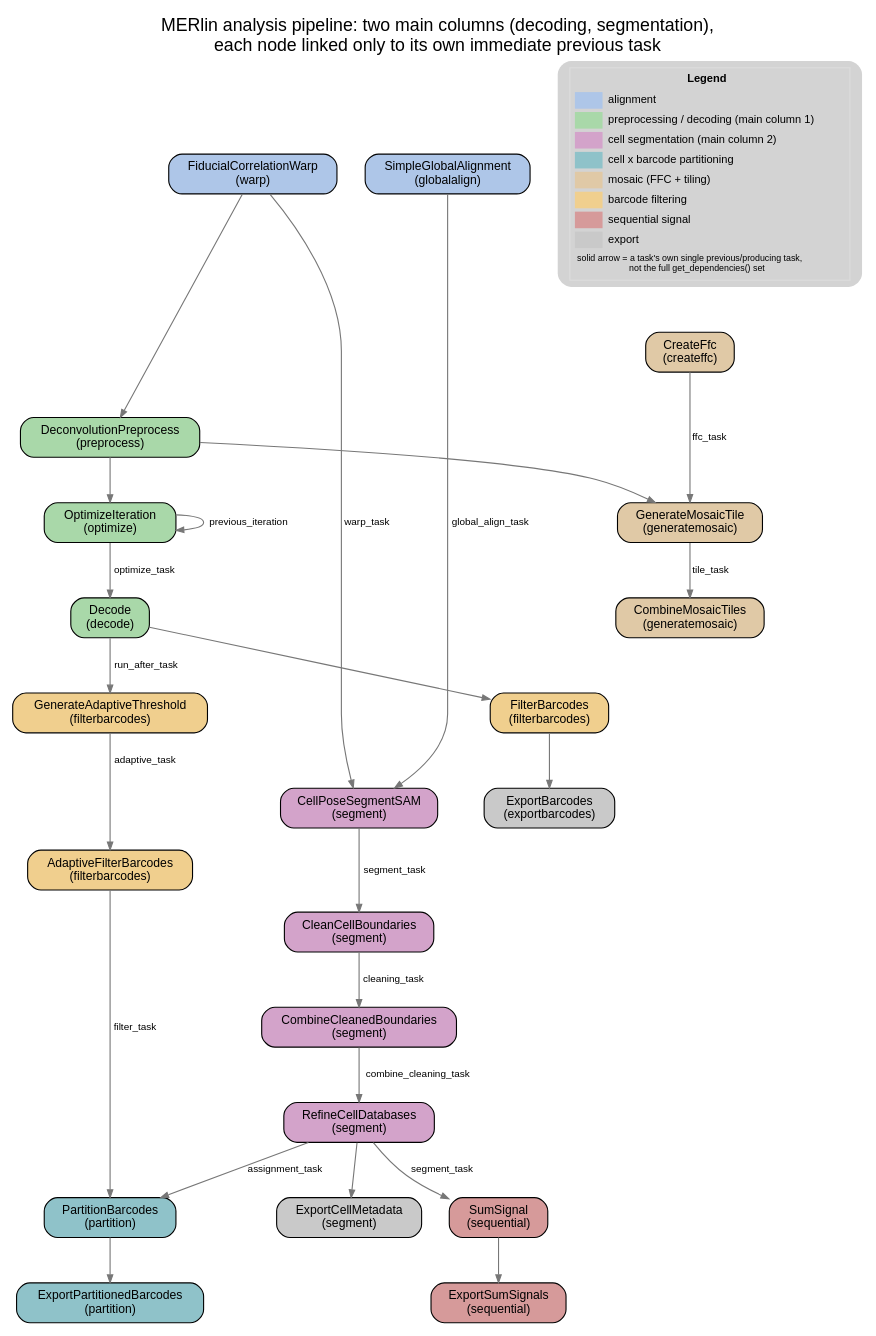
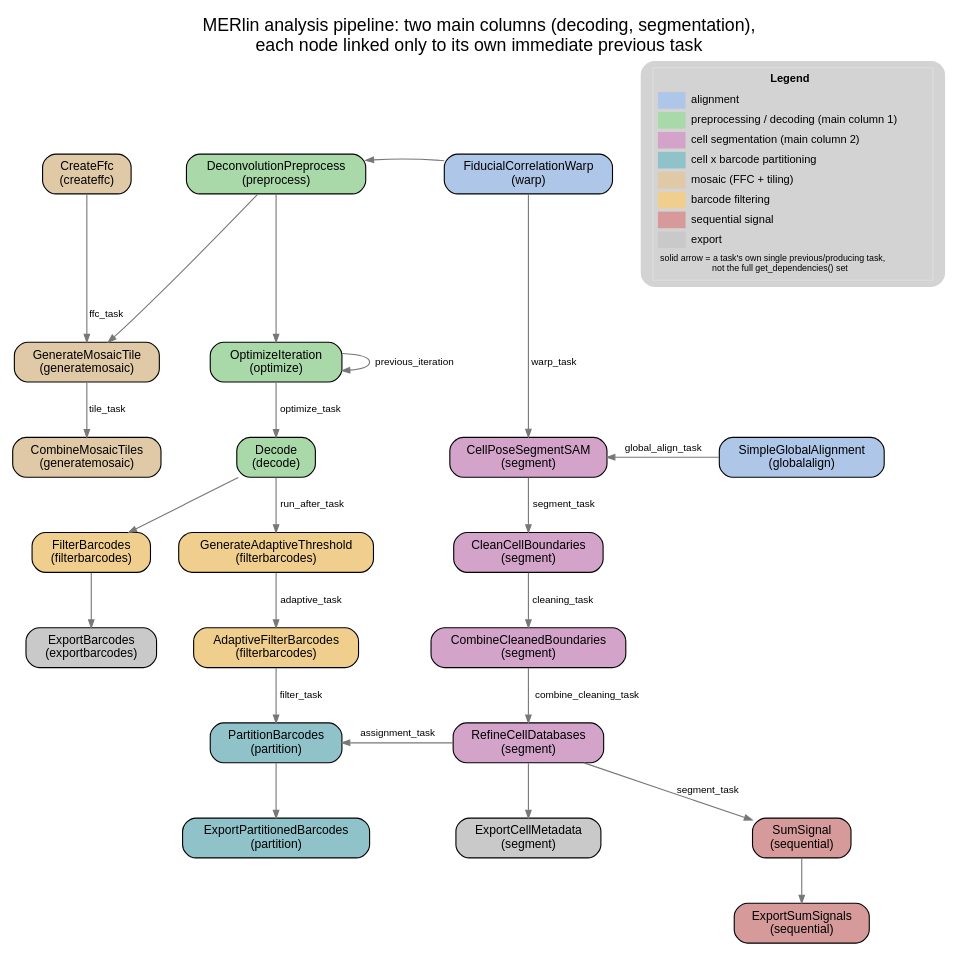
The diagram in docs/_static/merlin_pipeline_flow.dot (leonardosepulveda/MERlin), drawn with Graphviz before and after one commit. The commit also changed 2 other files, not shown here.

Commit message:
Rework pipeline diagram into four columns
Reorganize merlin_pipeline_flow.dot/.svg's layout:

- New leftmost column holds the mosaic-assembly branch (CreateFfc ->
  GenerateMosaicTile -> CombineMosaicTiles) and the fixed-threshold
  barcode-filtering branch (FilterBarcodes -> ExportBarcodes).
- FiducialCorrelationWarp moves to the top of the segmentation column,
  to the right of DeconvolutionPreprocess (its warp_task edge into
  DeconvolutionPreprocess now runs right-to-left).
- SimpleGlobalAlignment moves to a new fourth column, directly to the
  right of CellPoseSegmentSAM (its global_align_task edge also runs
  right-to-left).
- SumSignal/ExportSumSignals move into that same fourth column, under
  SimpleGlobalAlignment.
- PartitionBarcodes and RefineCellDatabases are pinned to the same rank,
  since that's where the decoding and segmentation columns converge.
- Update docs/pipeline.rst's prose to describe the four-column layout.

```diff
--- a/docs/_static/merlin_pipeline_flow.dot
+++ b/docs/_static/merlin_pipeline_flow.dot
@@ -1,102 +1,110 @@
 digraph merlin_pipeline_flow {
   rankdir=TB;
   fontname="Helvetica";
   labelloc="t";
   fontsize=16;
   label="MERlin analysis pipeline: two main columns (decoding, segmentation),\neach node linked only to its own immediate previous task";
   nodesep=0.35;
   ranksep=0.55;
   node [fontname="Helvetica", shape=box, style="filled,rounded", fontsize=11, margin="0.15,0.08"];
   edge [fontname="Helvetica", fontsize=9, color="#777777", arrowsize=0.7];
 
-  // -- shared root tasks (feed the tops of both main columns) --
-  FiducialCorrelationWarp [label="FiducialCorrelationWarp\n(warp)", fillcolor="#aec6e8", group="root"];
-  SimpleGlobalAlignment   [label="SimpleGlobalAlignment\n(globalalign)", fillcolor="#aec6e8", group="root2"];
-  {rank=same; FiducialCorrelationWarp; SimpleGlobalAlignment;}
+  // -- column 1 (leftmost): mosaic assembly + fixed-threshold barcode filtering --
+  CreateFfc [label="CreateFfc\n(createffc)", fillcolor="#e0c9a6", group="left_col"];
+  GenerateMosaicTile [label="GenerateMosaicTile\n(generatemosaic)", fillcolor="#e0c9a6", group="left_col"];
+  CombineMosaicTiles [label="CombineMosaicTiles\n(generatemosaic)", fillcolor="#e0c9a6", group="left_col"];
+  FilterBarcodes [label="FilterBarcodes\n(filterbarcodes)", fillcolor="#f0cf8e", group="left_col"];
+  ExportBarcodes [label="ExportBarcodes\n(exportbarcodes)", fillcolor="#c9c9c9", group="left_col"];
 
-  // -- main column 1: decoding (center-aligned) --
+  // -- column 2: decoding (main column 1) --
   DeconvolutionPreprocess [label="DeconvolutionPreprocess\n(preprocess)", fillcolor="#a9d8a9", group="decode"];
   OptimizeIteration [label="OptimizeIteration\n(optimize)", fillcolor="#a9d8a9", group="decode"];
   Decode [label="Decode\n(decode)", fillcolor="#a9d8a9", group="decode"];
   GenerateAdaptiveThreshold [label="GenerateAdaptiveThreshold\n(filterbarcodes)", fillcolor="#f0cf8e", group="decode"];
   AdaptiveFilterBarcodes [label="AdaptiveFilterBarcodes\n(filterbarcodes)", fillcolor="#f0cf8e", group="decode"];
   PartitionBarcodes [label="PartitionBarcodes\n(partition)", fillcolor="#8fc2c9", group="decode"];
   ExportPartitionedBarcodes [label="ExportPartitionedBarcodes\n(partition)", fillcolor="#8fc2c9", group="decode"];
 
-  // -- main column 2: segmentation --
+  // -- column 3: segmentation (main column 2), FiducialCorrelationWarp sits at its top --
+  FiducialCorrelationWarp [label="FiducialCorrelationWarp\n(warp)", fillcolor="#aec6e8", group="segment"];
   CellPoseSegmentSAM [label="CellPoseSegmentSAM\n(segment)", fillcolor="#d3a3ca", group="segment"];
   CleanCellBoundaries [label="CleanCellBoundaries\n(segment)", fillcolor="#d3a3ca", group="segment"];
   CombineCleanedBoundaries [label="CombineCleanedBoundaries\n(segment)", fillcolor="#d3a3ca", group="segment"];
   RefineCellDatabases [label="RefineCellDatabases\n(segment)", fillcolor="#d3a3ca", group="segment"];
+  ExportCellMetadata [label="ExportCellMetadata\n(segment)", fillcolor="#c9c9c9", group="segment"];
 
-  // -- side branches around the two main columns --
-  FilterBarcodes [label="FilterBarcodes\n(filterbarcodes)", fillcolor="#f0cf8e", group="filter_fixed"];
-  ExportBarcodes [label="ExportBarcodes\n(exportbarcodes)", fillcolor="#c9c9c9", group="filter_fixed"];
-  ExportCellMetadata [label="ExportCellMetadata\n(segment)", fillcolor="#c9c9c9", group="segment_export"];
-  SumSignal [label="SumSignal\n(sequential)", fillcolor="#d69a9a", group="sequential"];
-  ExportSumSignals [label="ExportSumSignals\n(sequential)", fillcolor="#d69a9a", group="sequential"];
-  CreateFfc [label="CreateFfc\n(createffc)", fillcolor="#e0c9a6", group="mosaic"];
-  GenerateMosaicTile [label="GenerateMosaicTile\n(generatemosaic)", fillcolor="#e0c9a6", group="mosaic"];
-  CombineMosaicTiles [label="CombineMosaicTiles\n(generatemosaic)", fillcolor="#e0c9a6", group="mosaic"];
+  // -- column 4 (rightmost): SimpleGlobalAlignment + sequential signal --
+  SimpleGlobalAlignment [label="SimpleGlobalAlignment\n(globalalign)", fillcolor="#aec6e8", group="right_col"];
+  SumSignal [label="SumSignal\n(sequential)", fillcolor="#d69a9a", group="right_col"];
+  ExportSumSignals [label="ExportSumSignals\n(sequential)", fillcolor="#d69a9a", group="right_col"];
 
-  // -- column order, left to right: mosaic | decoding (main) | filtering (side) | segmentation (main) | sequential --
-  FiducialCorrelationWarp -> CreateFfc [style=invis];
+  // -- row alignment, left to right: column1 | column2 | column3 | column4 --
+  {rank=same; CreateFfc; DeconvolutionPreprocess; FiducialCorrelationWarp;}
+  {rank=same; CellPoseSegmentSAM; SimpleGlobalAlignment;}
+  {rank=same; PartitionBarcodes; RefineCellDatabases;}
+
+  // -- invisible ordering edges reinforcing left-to-right column order --
   CreateFfc -> DeconvolutionPreprocess [style=invis];
-  DeconvolutionPreprocess -> FilterBarcodes [style=invis];
-  FilterBarcodes -> CellPoseSegmentSAM [style=invis];
-  CellPoseSegmentSAM -> SumSignal [style=invis];
+  DeconvolutionPreprocess -> FiducialCorrelationWarp [style=invis];
+  CellPoseSegmentSAM -> SimpleGlobalAlignment [style=invis];
+  PartitionBarcodes -> RefineCellDatabases [style=invis];
+  // anchor column 4's x-position off FiducialCorrelationWarp (rock-solid in
+  // column 3) so SimpleGlobalAlignment settles just to CellPoseSegmentSAM's
+  // right instead of drifting toward SumSignal below it
+  FiducialCorrelationWarp -> SimpleGlobalAlignment [style=invis, weight=100];
+  SimpleGlobalAlignment -> SumSignal [style=invis, weight=10];
 
   // -- main column 1: decoding, one incoming edge per node (own previous task) --
   FiducialCorrelationWarp -> DeconvolutionPreprocess;
   DeconvolutionPreprocess -> OptimizeIteration;
   OptimizeIteration -> OptimizeIteration [label="previous_iteration"];
   OptimizeIteration -> Decode [label="optimize_task"];
   Decode -> GenerateAdaptiveThreshold [label="run_after_task"];
   GenerateAdaptiveThreshold -> AdaptiveFilterBarcodes [label="adaptive_task"];
   AdaptiveFilterBarcodes -> PartitionBarcodes [label="filter_task"];
   PartitionBarcodes -> ExportPartitionedBarcodes;
 
   // -- main column 2: segmentation, one incoming edge per node (own previous task) --
   FiducialCorrelationWarp -> CellPoseSegmentSAM [label="warp_task"];
   SimpleGlobalAlignment -> CellPoseSegmentSAM [label="global_align_task"];
   CellPoseSegmentSAM -> CleanCellBoundaries [label="segment_task"];
   CleanCellBoundaries -> CombineCleanedBoundaries [label="cleaning_task"];
   CombineCleanedBoundaries -> RefineCellDatabases [label="combine_cleaning_task"];
 
   // -- convergence of the two main columns --
   RefineCellDatabases -> PartitionBarcodes [label="assignment_task"];
 
   // -- side branch: fixed-threshold barcode filtering, off Decode --
   Decode -> FilterBarcodes;
   FilterBarcodes -> ExportBarcodes;
 
   // -- side branch: cell metadata export, off RefineCellDatabases --
   RefineCellDatabases -> ExportCellMetadata;
 
   // -- side branch: sequential signal, off RefineCellDatabases --
   RefineCellDatabases -> SumSignal [label="segment_task"];
   SumSignal -> ExportSumSignals;
 
   // -- side branch: mosaic, off DeconvolutionPreprocess + CreateFfc --
   DeconvolutionPreprocess -> GenerateMosaicTile;
   CreateFfc -> GenerateMosaicTile [label="ffc_task"];
   GenerateMosaicTile -> CombineMosaicTiles [label="tile_task"];
 
   // -- legend: one compact HTML-table node, so it can't be stretched
   // across the diagram's full rank range the way a chain of separate
   // legend nodes would be --
   legend [shape=plaintext, fontsize=10, label=<
     <TABLE BORDER="1" COLOR="#dddddd" CELLBORDER="0" CELLSPACING="3" CELLPADDING="2">
       <TR><TD COLSPAN="2"><B>Legend</B></TD></TR>
       <TR><TD BGCOLOR="#aec6e8" WIDTH="18"></TD><TD ALIGN="LEFT">alignment</TD></TR>
       <TR><TD BGCOLOR="#a9d8a9"></TD><TD ALIGN="LEFT">preprocessing / decoding (main column 1)</TD></TR>
       <TR><TD BGCOLOR="#d3a3ca"></TD><TD ALIGN="LEFT">cell segmentation (main column 2)</TD></TR>
       <TR><TD BGCOLOR="#8fc2c9"></TD><TD ALIGN="LEFT">cell x barcode partitioning</TD></TR>
       <TR><TD BGCOLOR="#e0c9a6"></TD><TD ALIGN="LEFT">mosaic (FFC + tiling)</TD></TR>
       <TR><TD BGCOLOR="#f0cf8e"></TD><TD ALIGN="LEFT">barcode filtering</TD></TR>
       <TR><TD BGCOLOR="#d69a9a"></TD><TD ALIGN="LEFT">sequential signal</TD></TR>
       <TR><TD BGCOLOR="#c9c9c9"></TD><TD ALIGN="LEFT">export</TD></TR>
       <TR><TD COLSPAN="2" ALIGN="LEFT"><FONT POINT-SIZE="8">solid arrow = a task's own single previous/producing task,<BR ALIGN="LEFT"/>not the full get_dependencies() set</FONT></TD></TR>
     </TABLE>
   >];
 }
```
